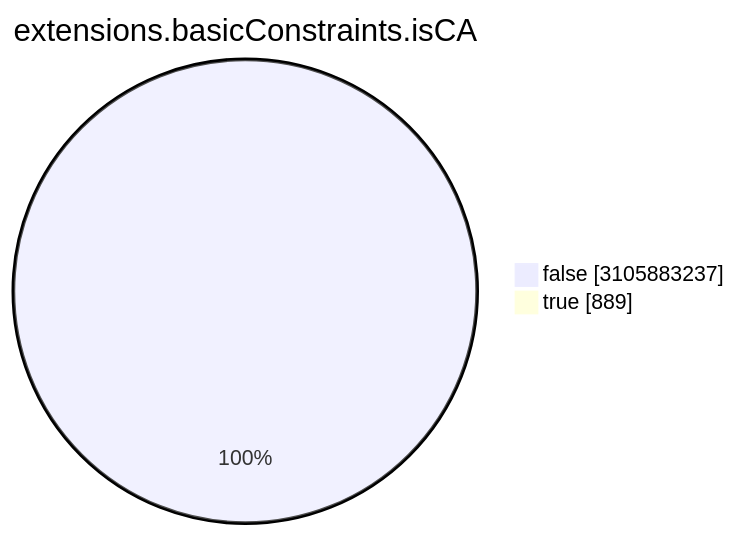
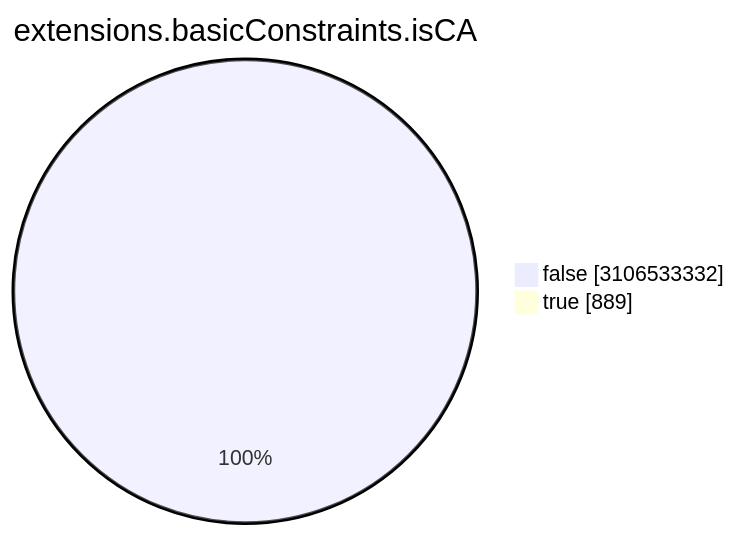
The seventh of 15 diagrams in TOTAL/README.md (christiankrug/ctmonitor_visualization), drawn with Mermaid before and after one commit. The commit also changed other lines of this file, not shown here.

````diff
--- a/TOTAL/README.md
+++ b/TOTAL/README.md
@@ -3086,6 +3086,6 @@
 ```mermaid
 pie showData
 title extensions.basicConstraints.isCA
-"false" :3105883237
+"false" :3106533332
 "true" :889
 ```
````
